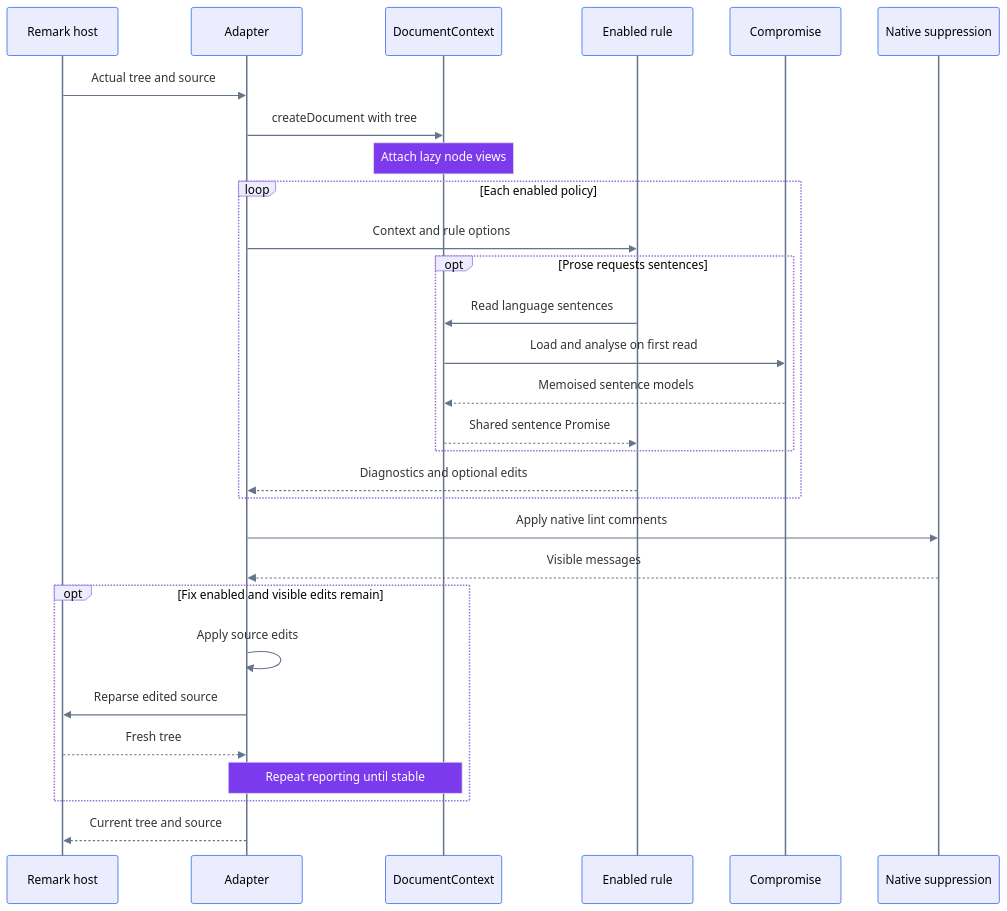
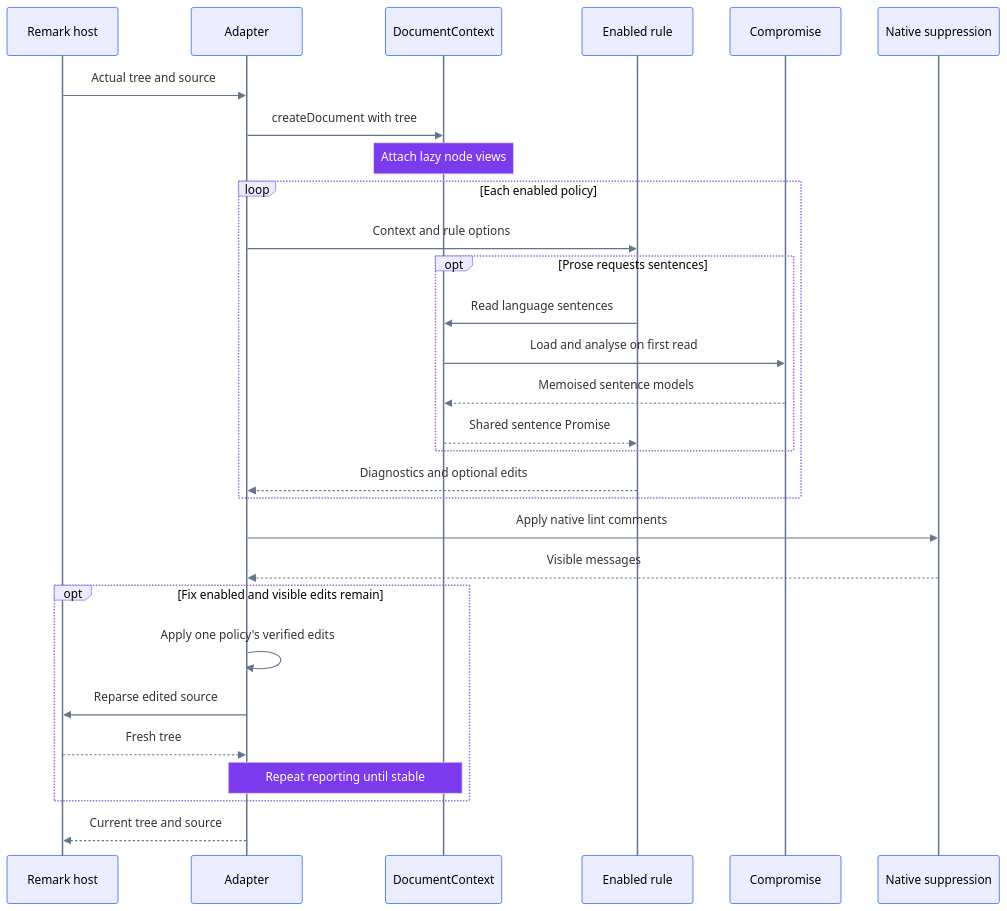
The third of 5 diagrams in ARCHITECTURE.md (jpeakai/remark-lint-slopstopper), drawn with Mermaid before and after one commit. The commit also changed other lines of this file and 140 other files, not shown here.

````diff
--- a/ARCHITECTURE.md
+++ b/ARCHITECTURE.md
@@ -97,41 +116,41 @@
 ```mermaid
 ---
 config:
   themeVariables:
     actorBorder: '#2563eb'
     actorLineColor: '#64748b'
     signalColor: '#64748b'
     noteBkgColor: '#7c3aed'
     noteTextColor: '#ffffff'
     noteBorderColor: '#ddd6fe'
 ---
 sequenceDiagram
     participant H as Remark host
     participant A as Adapter
     participant D as DocumentContext
     participant R as Enabled rule
     participant C as Compromise
     participant S as Native suppression
     H->>A: Actual tree and source
     A->>D: createDocument with tree
     Note over D: Attach lazy node views
     loop Each enabled policy
         A->>R: Context and rule options
         opt Prose requests sentences
             R->>D: Read language sentences
             D->>C: Load and analyse on first read
             C-->>D: Memoised sentence models
             D-->>R: Shared sentence Promise
         end
         R-->>A: Diagnostics and optional edits
     end
     A->>S: Apply native lint comments
     S-->>A: Visible messages
     opt Fix enabled and visible edits remain
-        A->>A: Apply source edits
+        A->>A: Apply one policy's verified edits
         A->>H: Reparse edited source
         H-->>A: Fresh tree
         Note over A,D: Repeat reporting until stable
     end
     A-->>H: Current tree and source
 ```
````
